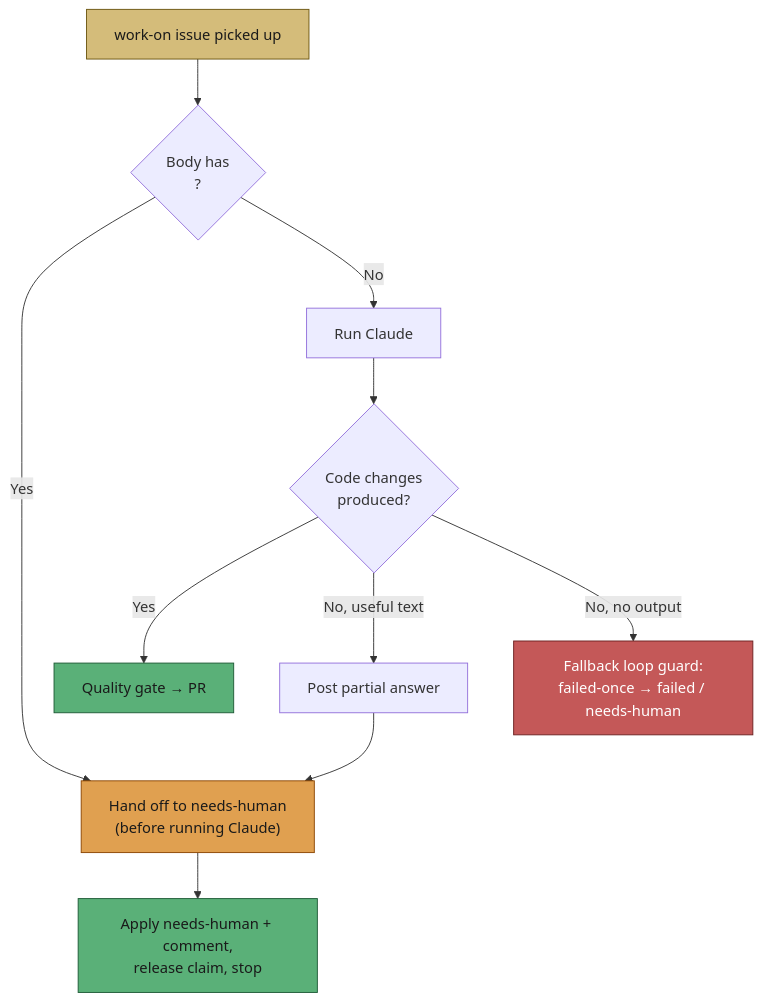
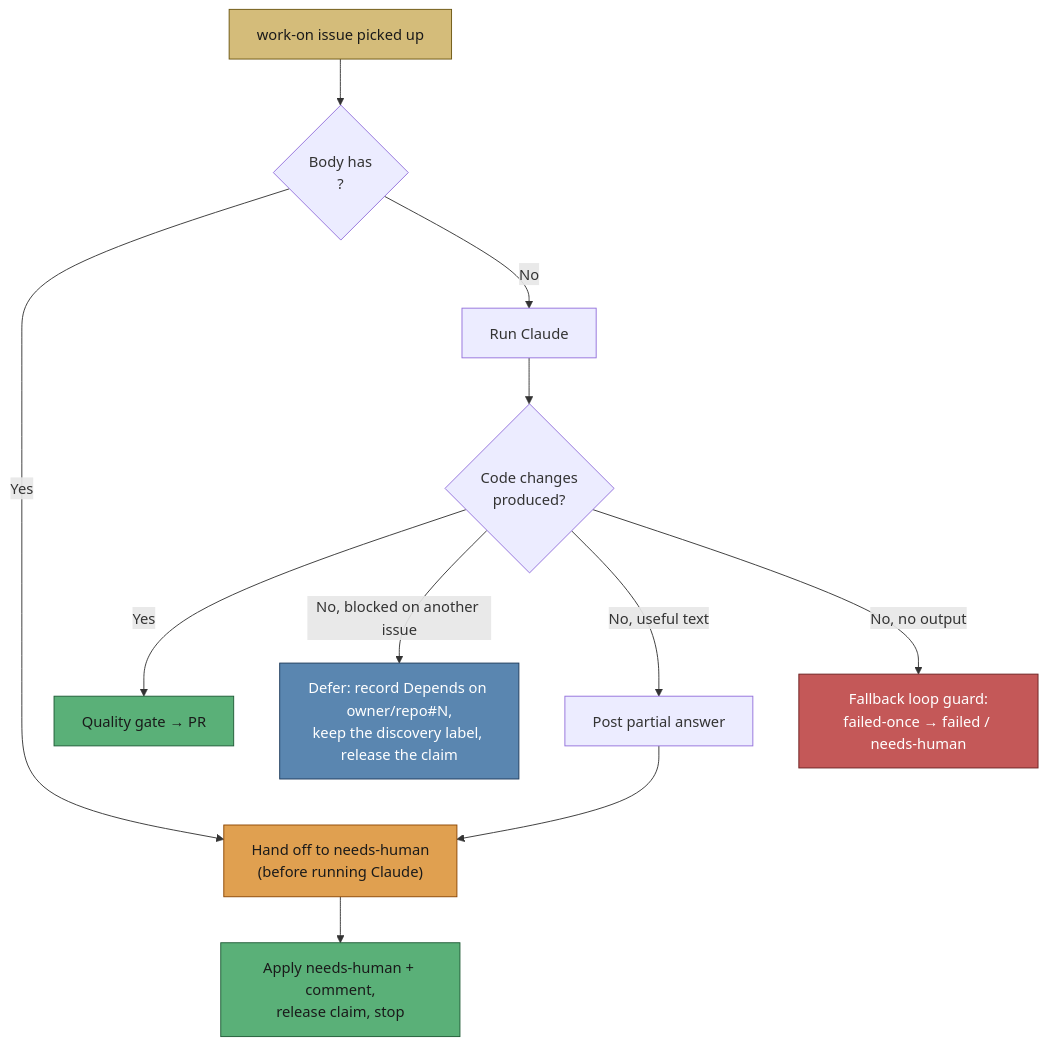
One commit to stSoftwareAU/VibeCoder changed the ninth of 10 diagrams in docs/workflows/issue-processing.md. Above: the diagram before and after it, drawn with Mermaid. The commit also changed other lines of this file and 20 other files, not shown here.

````diff
--- a/docs/workflows/issue-processing.md
+++ b/docs/workflows/issue-processing.md
@@ -471,16 +472,18 @@
 ```mermaid
 flowchart TD
   Pick["work-on issue picked up"] --> Marker{"Body has<br/><!-- analysis-only --> ?"}
   Marker -->|Yes| HandOff["Hand off to needs-human<br/>(before running Claude)"]
   Marker -->|No| Run["Run Claude"]
   Run --> Changes{"Code changes<br/>produced?"}
   Changes -->|Yes| PR["Quality gate → PR"]
+  Changes -->|"No, blocked on another issue"| Defer["Defer: record Depends on owner/repo#N,<br/>keep the discovery label, release the claim"]
   Changes -->|"No, useful text"| Partial["Post partial answer"] --> HandOff
   Changes -->|"No, no output"| Guard["Fallback loop guard:<br/>failed-once → failed / needs-human"]
   HandOff --> Stop["Apply needs-human + comment,<br/>release claim, stop"]
   style Pick fill:#d4bc7a,stroke:#6b5510,color:#1a1a1a
   style HandOff fill:#e0a050,stroke:#8b4500,color:#1a1a1a
   style Stop fill:#5ab078,stroke:#1d5a35,color:#1a1a1a
   style PR fill:#5ab078,stroke:#1d5a35,color:#1a1a1a
   style Guard fill:#c45858,stroke:#6b2020,color:#fff
+  style Defer fill:#5a86b0,stroke:#1d3a5a,color:#fff
 ```
````
